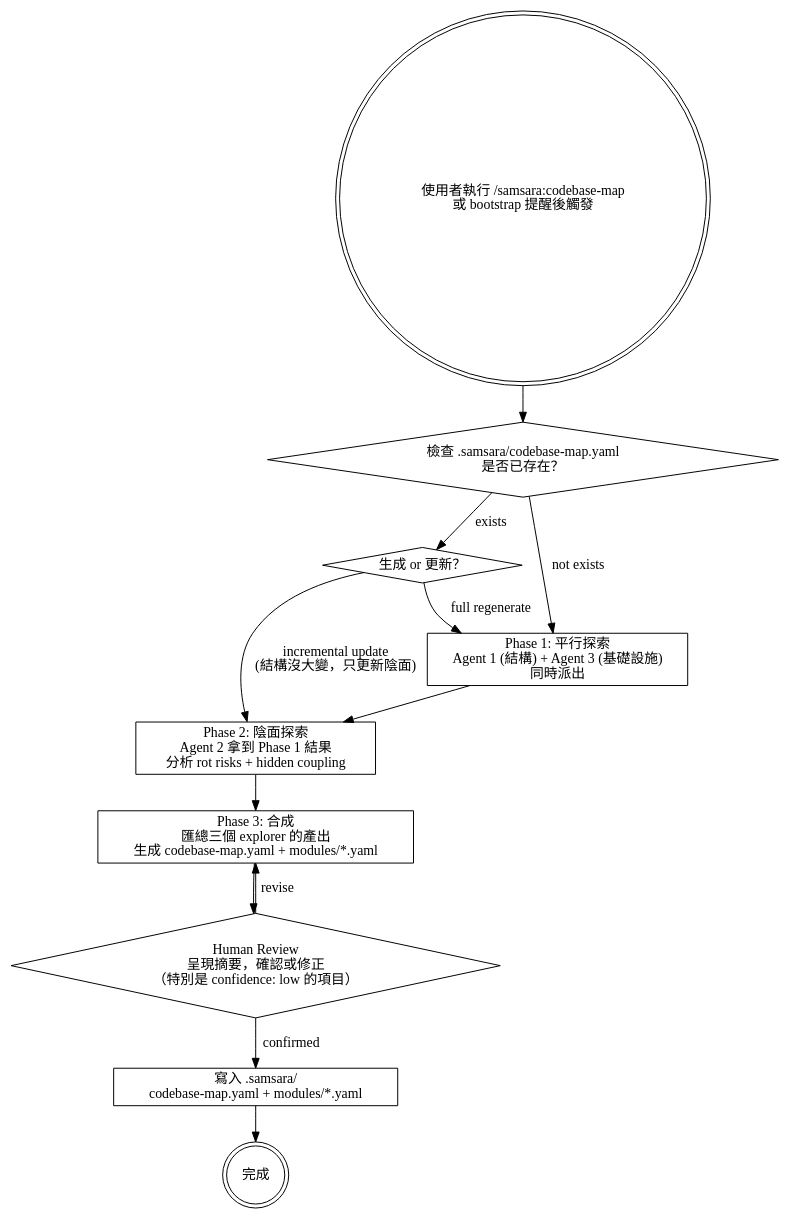
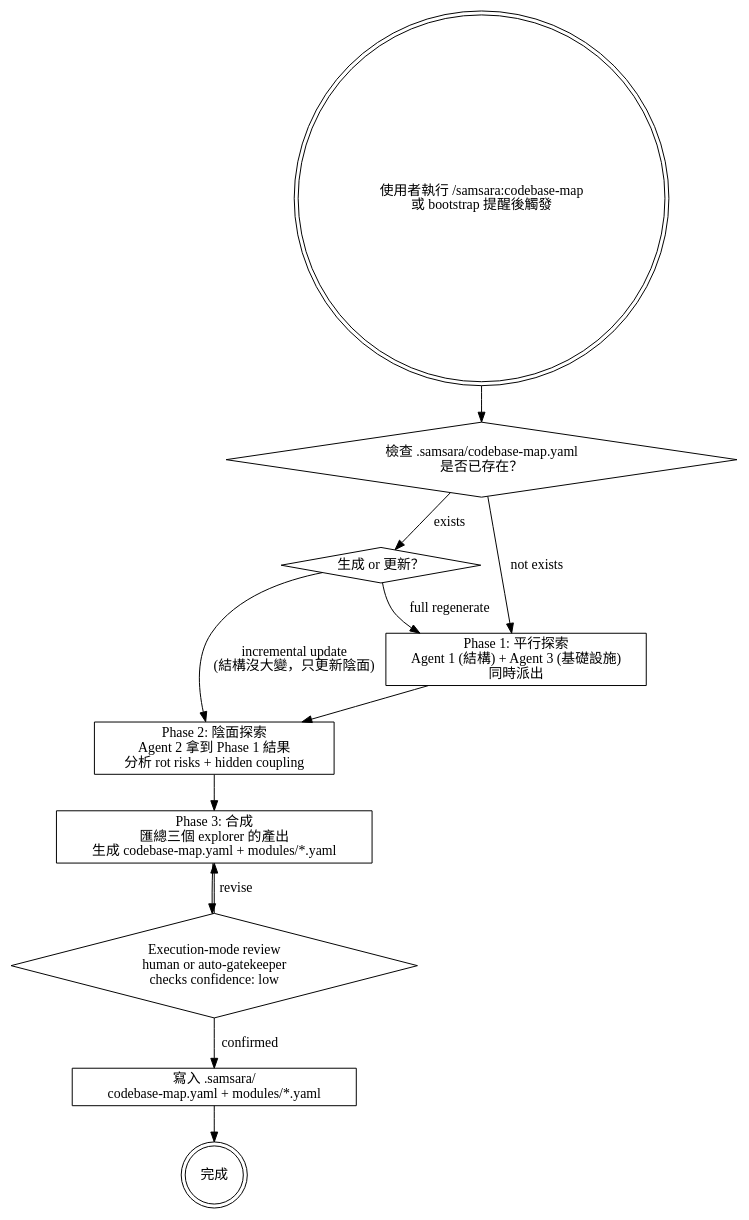
One commit to roymondliao/samsara changed the diagram in skills/codebase-map/SKILL.md. Above: the diagram before and after it, drawn with Graphviz. The commit also changed other lines of this file and 37 other files, not shown here.

First line of the commit message:
feat(auto-mode): establish staff-level gate authority

````diff
--- a/skills/codebase-map/SKILL.md
+++ b/skills/codebase-map/SKILL.md
@@ -26,28 +26,28 @@
 ```dot
 digraph codebase_map {
     node [shape=box];
 
     start [label="使用者執行 /samsara:codebase-map\n或 bootstrap 提醒後觸發" shape=doublecircle];
     check [label="檢查 .samsara/codebase-map.yaml\n是否已存在？" shape=diamond];
     mode [label="生成 or 更新？" shape=diamond];
 
     explore_parallel [label="Phase 1: 平行探索\nAgent 1 (結構) + Agent 3 (基礎設施)\n同時派出"];
     explore_yin [label="Phase 2: 陰面探索\nAgent 2 拿到 Phase 1 結果\n分析 rot risks + hidden coupling"];
     synthesize [label="Phase 3: 合成\n匯總三個 explorer 的產出\n生成 codebase-map.yaml + modules/*.yaml"];
-    review [label="Human Review\n呈現摘要，確認或修正\n（特別是 confidence: low 的項目）" shape=diamond];
+    review [label="Execution-mode review\nhuman or auto-gatekeeper\nchecks confidence: low" shape=diamond];
     write [label="寫入 .samsara/\ncodebase-map.yaml + modules/*.yaml"];
     done [label="完成" shape=doublecircle];
 
     start -> check;
     check -> mode [label="exists"];
     check -> explore_parallel [label="not exists"];
     mode -> explore_parallel [label="full regenerate"];
     mode -> explore_yin [label="incremental update\n(結構沒大變，只更新陰面)"];
     explore_parallel -> explore_yin;
     explore_yin -> synthesize;
     synthesize -> review;
     review -> write [label="confirmed"];
     review -> synthesize [label="revise"];
     write -> done;
 }
 ```
````
